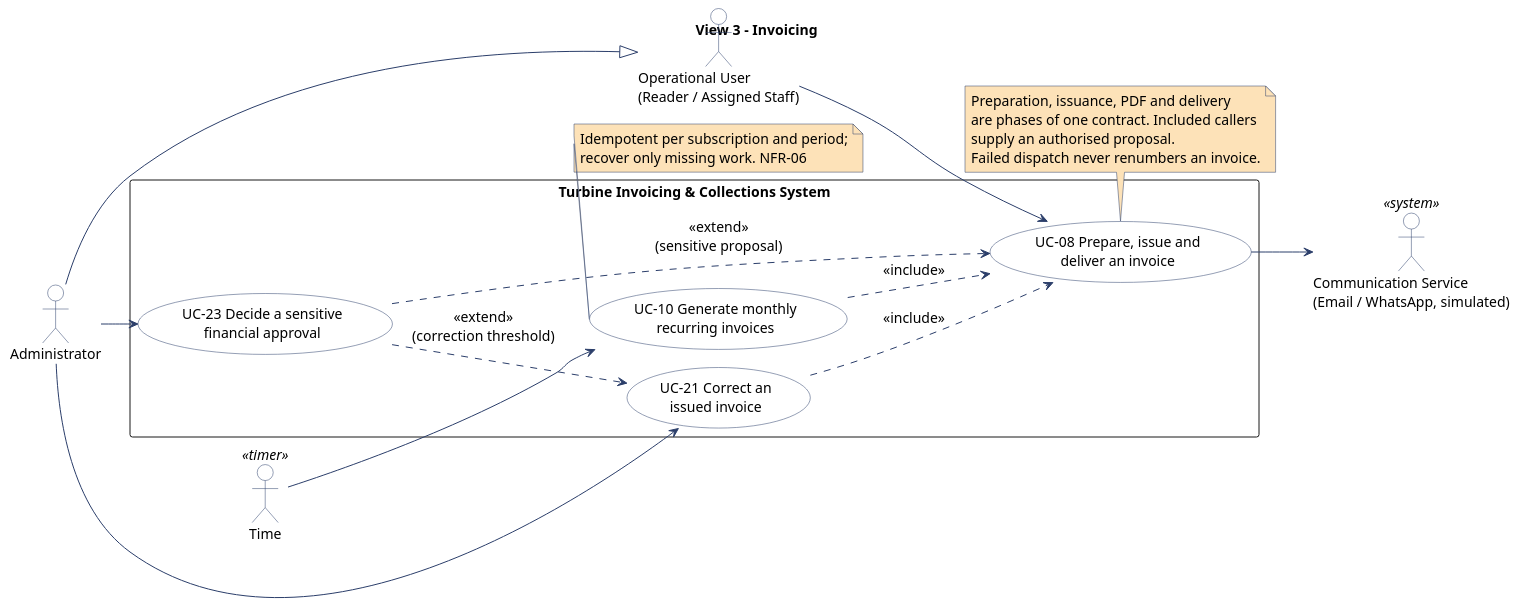
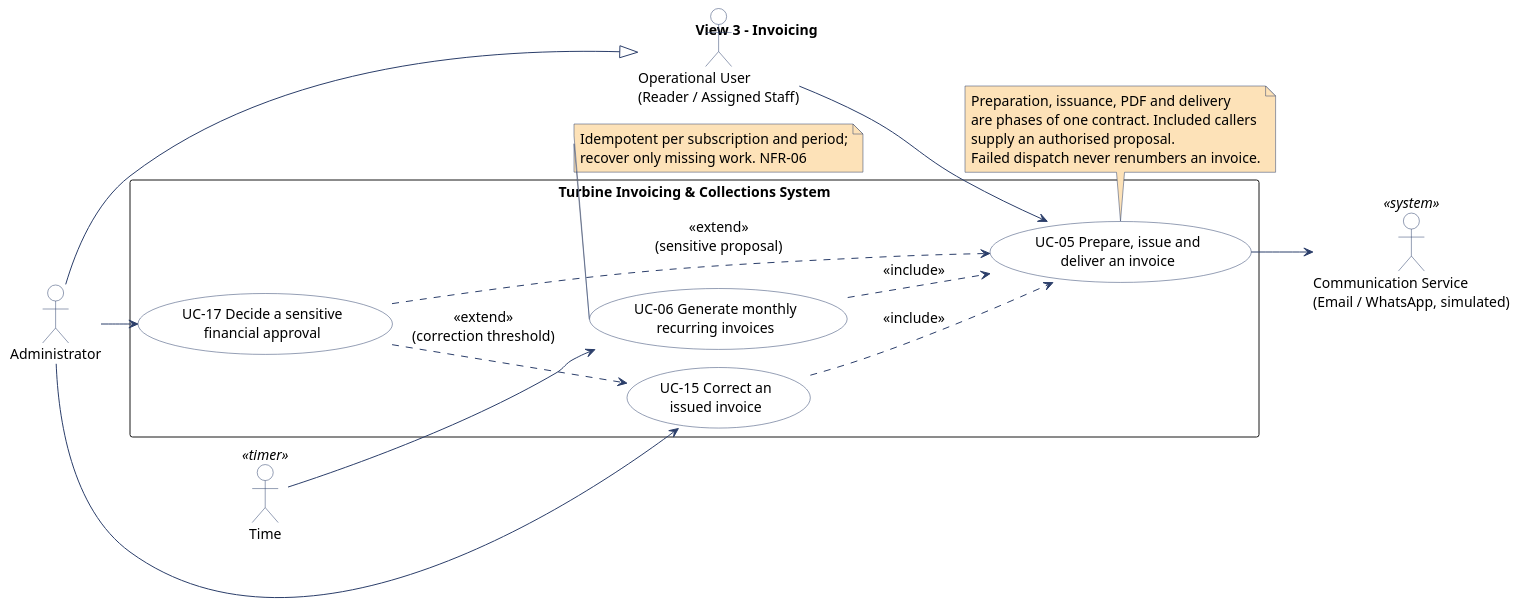
The third of 4 diagrams in doc/src/use-case-diagram.pu (atrevete-adap/adap-project), drawn with PlantUML before and after one commit. The commit also changed other lines of this file and 8 other files, not shown here.

```diff
--- a/doc/src/use-case-diagram.pu
+++ b/doc/src/use-case-diagram.pu
@@ -145,63 +145,63 @@
 @startuml use-case-diagram-3-invoicing
 !pragma layout smetana
 left to right direction
 skinparam shadowing false
 skinparam packageStyle rectangle
 skinparam defaultFontName SansSerif
 skinparam defaultFontSize 14
 skinparam backgroundColor #FFFFFF
 skinparam usecase {
   BackgroundColor #FFFFFF
   BorderColor #2B3E6A
   FontColor #000000
 }
 skinparam actor {
   BackgroundColor #FFFFFF
   BorderColor #2B3E6A
   FontColor #000000
 }
 skinparam note {
   BackgroundColor #FDE2B8
   BorderColor #2B3E6A
 }
 skinparam arrow {
   Color #2B3E6A
 }
 title View 3 - Invoicing
 
 actor "Operational User\n(Reader / Assigned Staff)" as OpUser
 actor "Administrator" as Admin
 actor "Time" as Time <<timer>>
 actor "Communication Service\n(Email / WhatsApp, simulated)" as CommSrv <<system>>
 
 rectangle "Turbine Invoicing & Collections System" {
-  usecase "UC-08 Prepare, issue and\ndeliver an invoice" as UC08
-  usecase "UC-10 Generate monthly\nrecurring invoices" as UC10
-  usecase "UC-21 Correct an\nissued invoice" as UC21
-  usecase "UC-23 Decide a sensitive\nfinancial approval" as UC23
+  usecase "UC-05 Prepare, issue and\ndeliver an invoice" as UC05
+  usecase "UC-06 Generate monthly\nrecurring invoices" as UC06
+  usecase "UC-15 Correct an\nissued invoice" as UC15
+  usecase "UC-17 Decide a sensitive\nfinancial approval" as UC17
 }
 
 Admin -|> OpUser
-OpUser --> UC08
-Admin --> UC21
-Admin --> UC23
-Time --> UC10
-UC08 --> CommSrv
-UC10 ..> UC08 : <<include>>
-UC21 ..> UC08 : <<include>>
-UC23 ..> UC08 : <<extend>>\n(sensitive proposal)
-UC23 ..> UC21 : <<extend>>\n(correction threshold)
+OpUser --> UC05
+Admin --> UC15
+Admin --> UC17
+Time --> UC06
+UC05 --> CommSrv
+UC06 ..> UC05 : <<include>>
+UC15 ..> UC05 : <<include>>
+UC17 ..> UC05 : <<extend>>\n(sensitive proposal)
+UC17 ..> UC15 : <<extend>>\n(correction threshold)
 
-note bottom of UC08
+note bottom of UC05
   Preparation, issuance, PDF and delivery
   are phases of one contract. Included callers
   supply an authorised proposal.
   Failed dispatch never renumbers an invoice.
 end note
 
-note bottom of UC10
+note bottom of UC06
   Idempotent per subscription and period;
   recover only missing work. NFR-06
 end note
 
 @enduml
```
